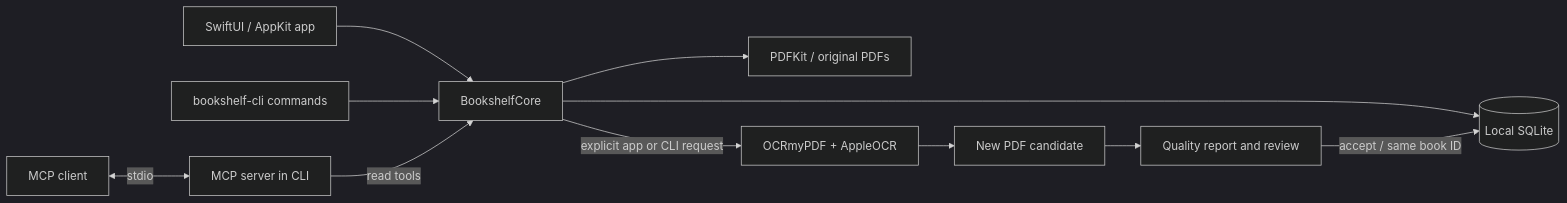
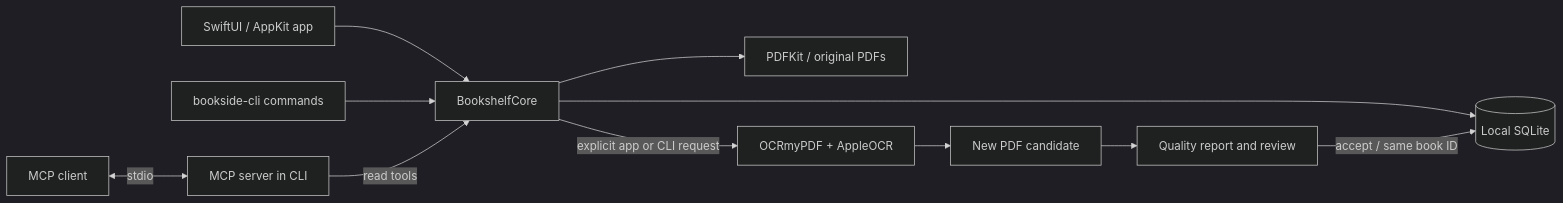
Before and after one commit to NomaDamas/bookshelf: the diagram in docs/05-architecture.md, drawn with Mermaid (dark theme). The commit also changed other lines of this file and 77 other files, not shown here.

Commit message:
chore: rename user-facing Bookshelf strings to Bookside

````diff
--- a/docs/05-architecture.md
+++ b/docs/05-architecture.md
@@ -9,13 +9,13 @@
 ```mermaid
 flowchart LR
     App[SwiftUI / AppKit app] --> Core[BookshelfCore]
-    CLI[bookshelf-cli commands] --> Core
+    CLI[bookside-cli commands] --> Core
     Client[MCP client] <-->|stdio| MCP[MCP server in CLI]
     MCP -->|read tools| Core
     Core --> DB[(Local SQLite)]
     Core --> PDF[PDFKit / original PDFs]
     Core -->|explicit app or CLI request| OCR[OCRmyPDF + AppleOCR]
     OCR --> Candidate[New PDF candidate]
     Candidate --> Review[Quality report and review]
     Review -->|accept / same book ID| DB
 ```
````
